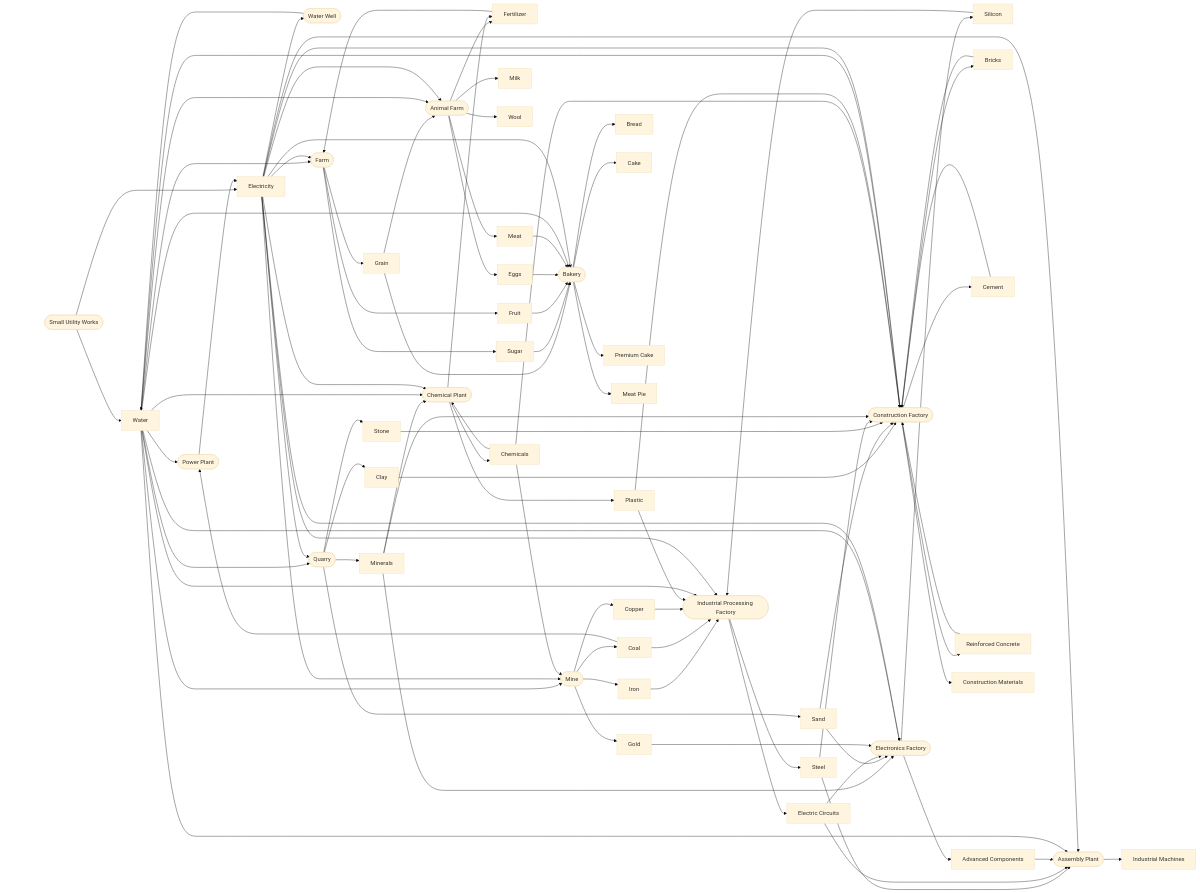
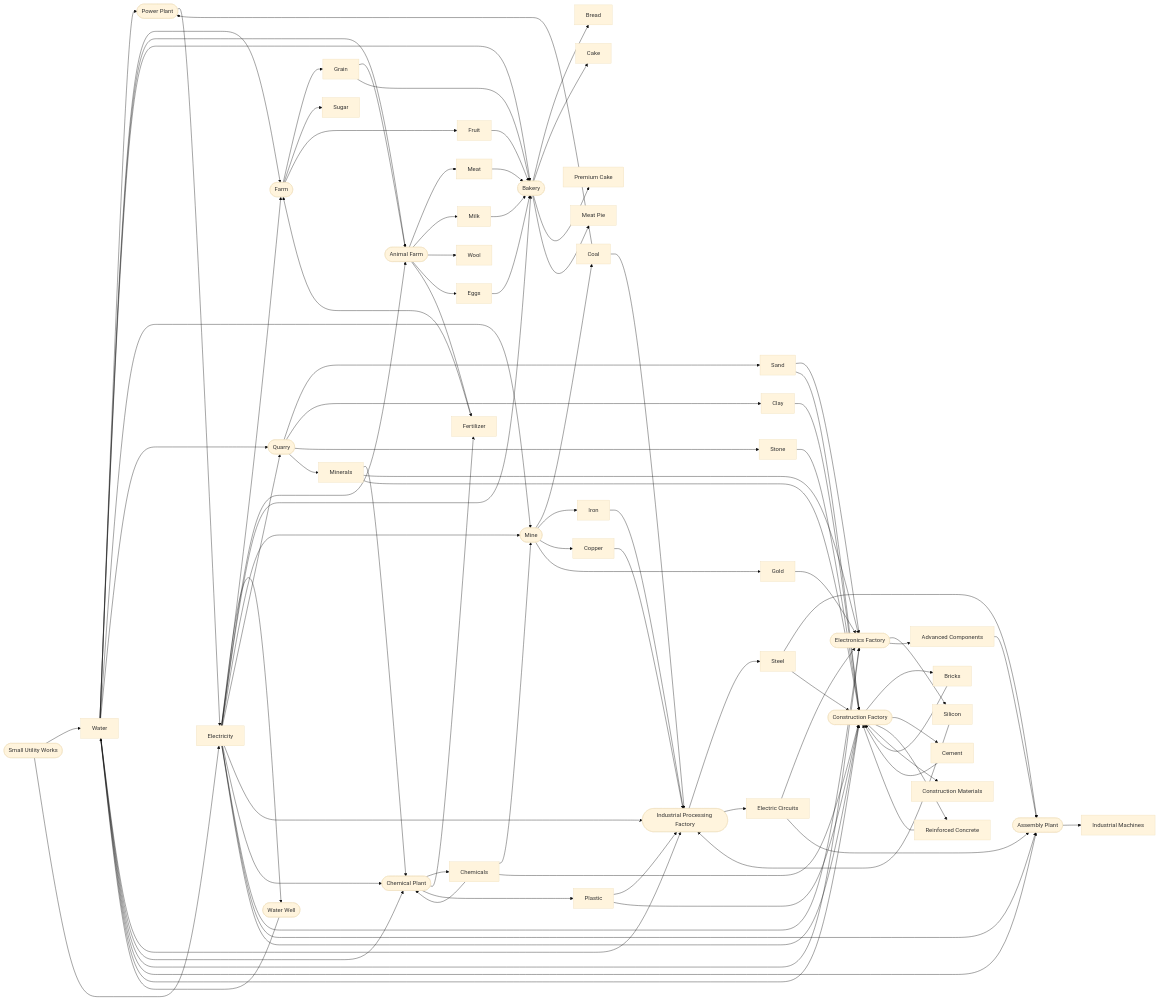
Before and after one commit to gram12321/industriClicker: the second of 2 diagrams in docs/WorkingDocs/VariableRelationshipMap.md, drawn with Mermaid (base theme). The commit also changed other lines of this file and 10 other files, not shown here.

````diff
--- a/docs/WorkingDocs/VariableRelationshipMap.md
+++ b/docs/WorkingDocs/VariableRelationshipMap.md
@@ -213,32 +230,34 @@
 ```mermaid
 flowchart LR
+  water[Water]
+  electricity[Electricity]
+  coal[Coal]
+  fertilizer[Fertilizer]
+  grain[Grain]
+  milk[Milk]
+  wool[Wool]
+  fruit[Fruit]
+  eggs[Eggs]
+  meat[Meat]
+  chemicals[Chemicals]
+  iron[Iron]
+  copper[Copper]
+  gold[Gold]
+  sand[Sand]
+  clay[Clay]
+  stone[Stone]
+  minerals[Minerals]
+  silicon[Silicon]
+  plastic[Plastic]
+  electricCircuits[Electric Circuits]
+  steel[Steel]
+  advancedComponents[Advanced Components]
+  bricks[Bricks]
+  cement[Cement]
+  reinforcedConcrete[Reinforced Concrete]
+
   utilityWorks([Small Utility Works])
   waterWell([Water Well])
-  copper[Copper]
-  coal[Coal]
-  sand[Sand]
-  iron[Iron]
-  stone[Stone]
-  clay[Clay]
-  gold[Gold]
-  minerals[Minerals]
-
-  utilityAlignment[ ]:::hidden
-  utilityAlignment --> utilityWorks
-  utilityAlignment --> waterWell
-
-  rawAlignment[ ]:::hidden
-  rawAlignment --> copper
-  rawAlignment --> coal
-  rawAlignment --> sand
-  rawAlignment --> iron
-  rawAlignment --> stone
-  rawAlignment --> clay
-  rawAlignment --> gold
-  rawAlignment --> minerals
-
-  water[Water]
-  electricity[Electricity]
   powerPlant([Power Plant])
   farm([Farm])
   animalFarm([Animal Farm])
@@ -254,29 +273,29 @@
   utilityWorks --> water
   utilityWorks --> electricity
   waterWell --> water
+  electricity --> waterWell
+  coal --> powerPlant
   water --> powerPlant
   powerPlant --> electricity
-  electricity --> waterWell
-  coal --> powerPlant
 
   water --> farm
   electricity --> farm
   fertilizer --> farm
-  farm --> grain[Grain]
+  farm --> grain
   farm --> sugar[Sugar]
-  farm --> fruit[Fruit]
+  farm --> fruit
   grain --> animalFarm
   water --> animalFarm
   electricity --> animalFarm
-  animalFarm --> meat[Meat]
-  animalFarm --> milk[Milk]
-  animalFarm --> wool[Wool]
-  animalFarm --> eggs[Eggs]
-  animalFarm --> fertilizer[Fertilizer]
+  animalFarm --> meat
+  animalFarm --> milk
+  animalFarm --> wool
+  animalFarm --> eggs
+  animalFarm --> fertilizer
   grain --> bakery
-  sugar --> bakery
   fruit --> bakery
   eggs --> bakery
+  milk --> bakery
   meat --> bakery
   water --> bakery
   electricity --> bakery
@@ -292,7 +311,6 @@
   mine --> iron
   mine --> copper
   mine --> gold
-
   water --> quarry
   electricity --> quarry
   quarry --> sand
@@ -307,28 +325,26 @@
   plastic --> industrial
   water --> industrial
   electricity --> industrial
-  industrial --> steel[Steel]
-  industrial --> circuits[Electric Circuits]
-
+  industrial --> steel
+  industrial --> electricCircuits
   minerals --> chemical
   water --> chemical
   electricity --> chemical
-  chemical --> chemicals[Chemicals]
   chemicals --> chemical
-  chemical --> fertilizer[Fertilizer]
-  chemical --> plastic[Plastic]
+  chemical --> chemicals
+  chemical --> fertilizer
+  chemical --> plastic
 
   minerals --> electronics
   sand --> electronics
-  circuits --> electronics
+  electricCircuits --> electronics
   gold --> electronics
   water --> electronics
   electricity --> electronics
-  electronics --> silicon[Silicon]
+  electronics --> silicon
   electronics --> advancedComponents[Advanced Components]
-
   steel --> assembly
-  circuits --> assembly
+  electricCircuits --> assembly
   advancedComponents --> assembly
   water --> assembly
   electricity --> assembly
@@ -343,14 +359,11 @@
   plastic --> construction
   water --> construction
   electricity --> construction
-  construction --> bricks[Bricks]
-  construction --> cement[Cement]
-  construction --> reinforcedConcrete[Reinforced Concrete]
   bricks --> construction
   cement --> construction
   reinforcedConcrete --> construction
+  construction --> bricks
+  construction --> cement
+  construction --> reinforcedConcrete
   construction --> constructionMaterials[Construction Materials]
-
-  linkStyle 0,1,2,3,4,5,6,7,8,9 opacity:0;
-  classDef hidden fill:none,stroke:none,color:transparent;
 ```
````
